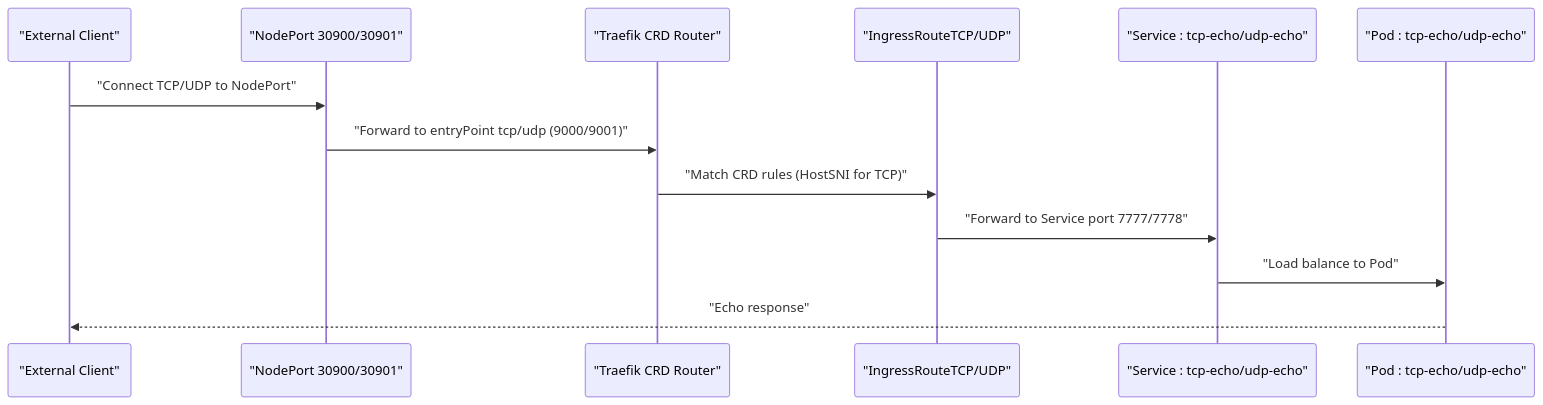
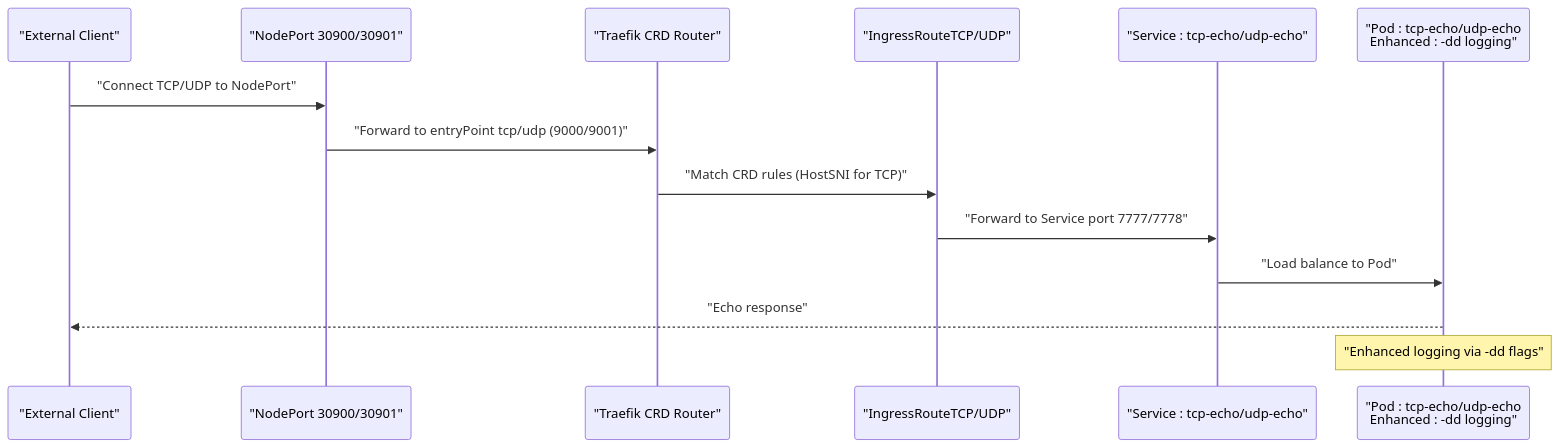
The second of 5 diagrams in .qoder/repowiki/en/content/Playground Applications/Demo Applications/TCP Echo Demo Application.md (Hoangvu75/k8s_manifest), drawn with Mermaid before and after one commit. The commit also changed other lines of this file and 5 other files, not shown here.

````diff
--- a/.qoder/repowiki/en/content/Playground Applications/Demo Applications/TCP Echo Demo Application.md
+++ b/.qoder/repowiki/en/content/Playground Applications/Demo Applications/TCP Echo Demo Application.md
@@ -126,15 +135,16 @@
 ```mermaid
 sequenceDiagram
 participant Client as "External Client"
 participant NodePort as "NodePort 30900/30901"
 participant Traefik as "Traefik CRD Router"
 participant CRD as "IngressRouteTCP/UDP"
 participant Svc as "Service : tcp-echo/udp-echo"
-participant Pod as "Pod : tcp-echo/udp-echo"
+participant Pod as "Pod : tcp-echo/udp-echo<br/>Enhanced : -dd logging"
 Client->>NodePort : "Connect TCP/UDP to NodePort"
 NodePort->>Traefik : "Forward to entryPoint tcp/udp (9000/9001)"
 Traefik->>CRD : "Match CRD rules (HostSNI for TCP)"
 CRD->>Svc : "Forward to Service port 7777/7778"
 Svc->>Pod : "Load balance to Pod"
 Pod-->>Client : "Echo response"
+Note over Pod : "Enhanced logging via -dd flags"
 ```
````
